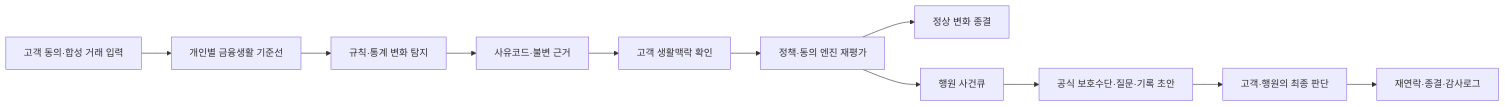
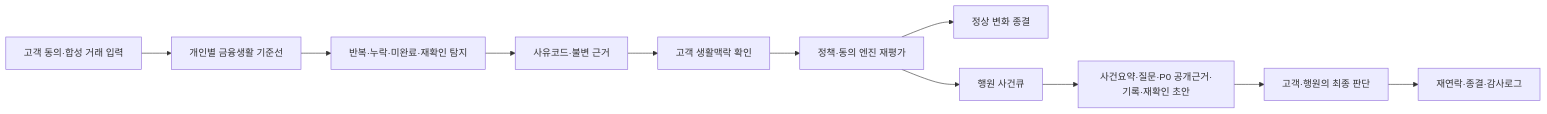
The first of 3 diagrams in ALZS_WELL_PROJECT_SSOT.md (xixvivji/alzs-well), drawn with Mermaid before and after one commit. The commit also changed other lines of this file and 68 other files, not shown here.

````diff
--- a/ALZS_WELL_PROJECT_SSOT.md
+++ b/ALZS_WELL_PROJECT_SSOT.md
@@ -243,13 +238,13 @@
 ```mermaid
 flowchart LR
     A["고객 동의·합성 거래 입력"] --> B["개인별 금융생활 기준선"]
-    B --> C["규칙·통계 변화 탐지"]
+    B --> C["반복·누락·미완료·재확인 탐지"]
     C --> D["사유코드·불변 근거"]
     D --> E["고객 생활맥락 확인"]
     E --> F["정책·동의 엔진 재평가"]
     F --> G["정상 변화 종결"]
     F --> H["행원 사건큐"]
-    H --> I["공식 보호수단·질문·기록 초안"]
+    H --> I["사건요약·질문·P0 공개근거·기록·재확인 초안"]
     I --> J["고객·행원의 최종 판단"]
     J --> K["재연락·종결·감사로그"]
 ```
````
